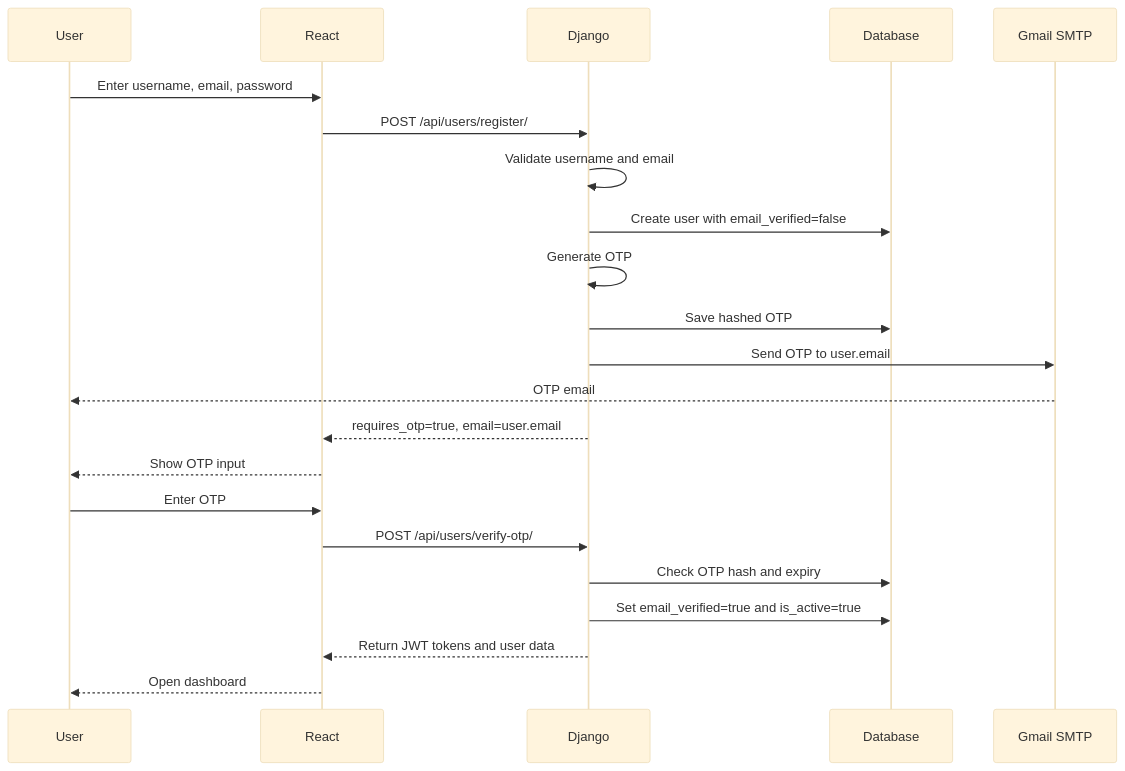
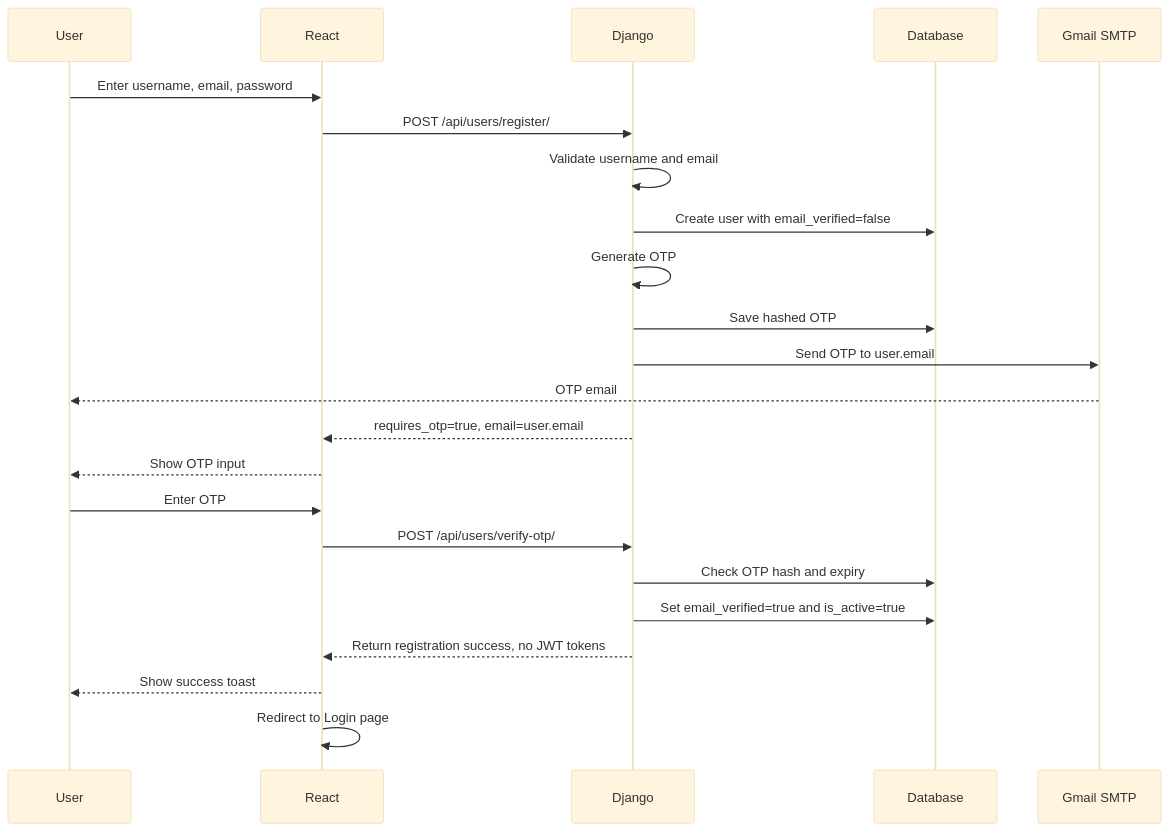
Before and after one commit to sridharSTR/OPTIMUS-AI-Assistant: the third of 8 diagrams in README.md, drawn with Mermaid (base theme). The commit also changed other lines of this file and 33 other files, not shown here.

````diff
--- a/README.md
+++ b/README.md
@@ -947,25 +965,26 @@
 ```mermaid
 sequenceDiagram
     participant User
     participant React
     participant Django
     participant DB as Database
     participant SMTP as Gmail SMTP
 
     User->>React: Enter username, email, password
     React->>Django: POST /api/users/register/
     Django->>Django: Validate username and email
     Django->>DB: Create user with email_verified=false
     Django->>Django: Generate OTP
     Django->>DB: Save hashed OTP
     Django->>SMTP: Send OTP to user.email
     SMTP-->>User: OTP email
     Django-->>React: requires_otp=true, email=user.email
     React-->>User: Show OTP input
     User->>React: Enter OTP
     React->>Django: POST /api/users/verify-otp/
     Django->>DB: Check OTP hash and expiry
     Django->>DB: Set email_verified=true and is_active=true
-    Django-->>React: Return JWT tokens and user data
-    React-->>User: Open dashboard
+    Django-->>React: Return registration success, no JWT tokens
+    React-->>User: Show success toast
+    React->>React: Redirect to Login page
 ```
````
